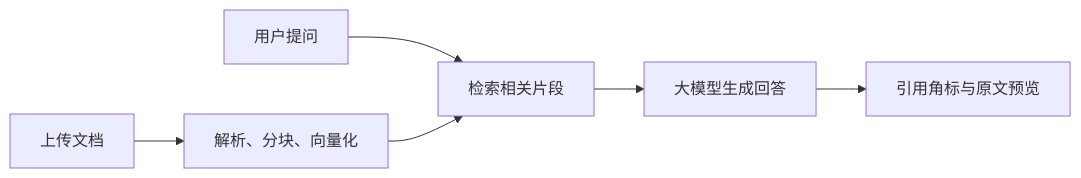
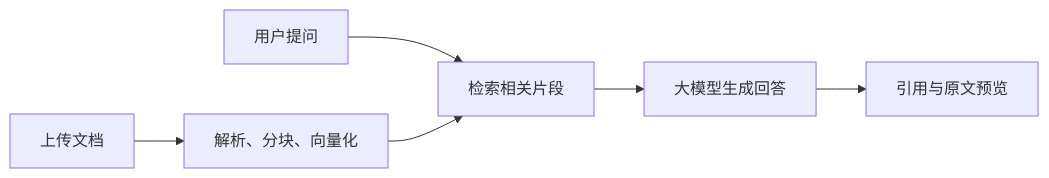
Before and after one commit to turing-pixel/turing-rag: the first of 2 diagrams in README.zh-CN.md, drawn with Mermaid. The commit also changed other lines of this file and 92 other files, not shown here.

````diff
--- a/README.zh-CN.md
+++ b/README.zh-CN.md
@@ -52,8 +51,8 @@
 ```mermaid
 flowchart LR
   A[上传文档] --> B[解析、分块、向量化]
   C[用户提问] --> D[检索相关片段]
   B --> D
   D --> E[大模型生成回答]
-  E --> F[引用角标与原文预览]
+  E --> F[引用与原文预览]
 ```
````
